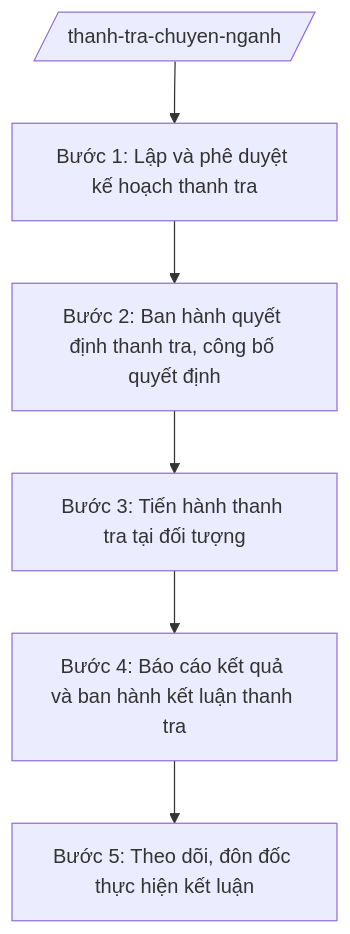
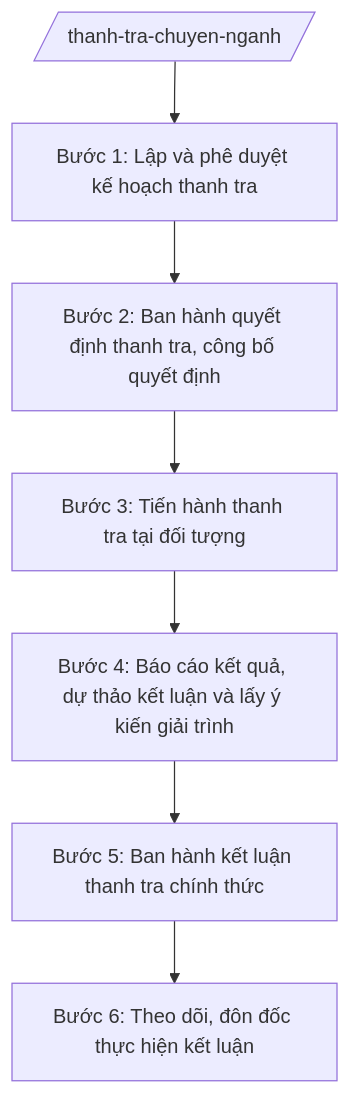
One commit to phamtruong91/gov-skills-framework changed the diagram in skills/thanh-tra-chuyen-nganh/SKILL.md. Above: the diagram before and after it, drawn with Mermaid. The commit also changed other lines of this file and 235 other files, not shown here.

````diff
--- a/skills/thanh-tra-chuyen-nganh/SKILL.md
+++ b/skills/thanh-tra-chuyen-nganh/SKILL.md
@@ -63,9 +72,10 @@
 ```mermaid
 flowchart TD
     IN[/"thanh-tra-chuyen-nganh"/]
     IN --> B1["Bước 1: Lập và phê duyệt kế hoạch thanh tra"]
     B1 --> B2["Bước 2: Ban hành quyết định thanh tra, công bố quyết định"]
     B2 --> B3["Bước 3: Tiến hành thanh tra tại đối tượng"]
-    B3 --> B4["Bước 4: Báo cáo kết quả và ban hành kết luận thanh tra"]
-    B4 --> B5["Bước 5: Theo dõi, đôn đốc thực hiện kết luận"]
+    B3 --> B4["Bước 4: Báo cáo kết quả, dự thảo kết luận và lấy ý kiến giải trình"]
+    B4 --> B5["Bước 5: Ban hành kết luận thanh tra chính thức"]
+    B5 --> B6["Bước 6: Theo dõi, đôn đốc thực hiện kết luận"]
 ```
````
